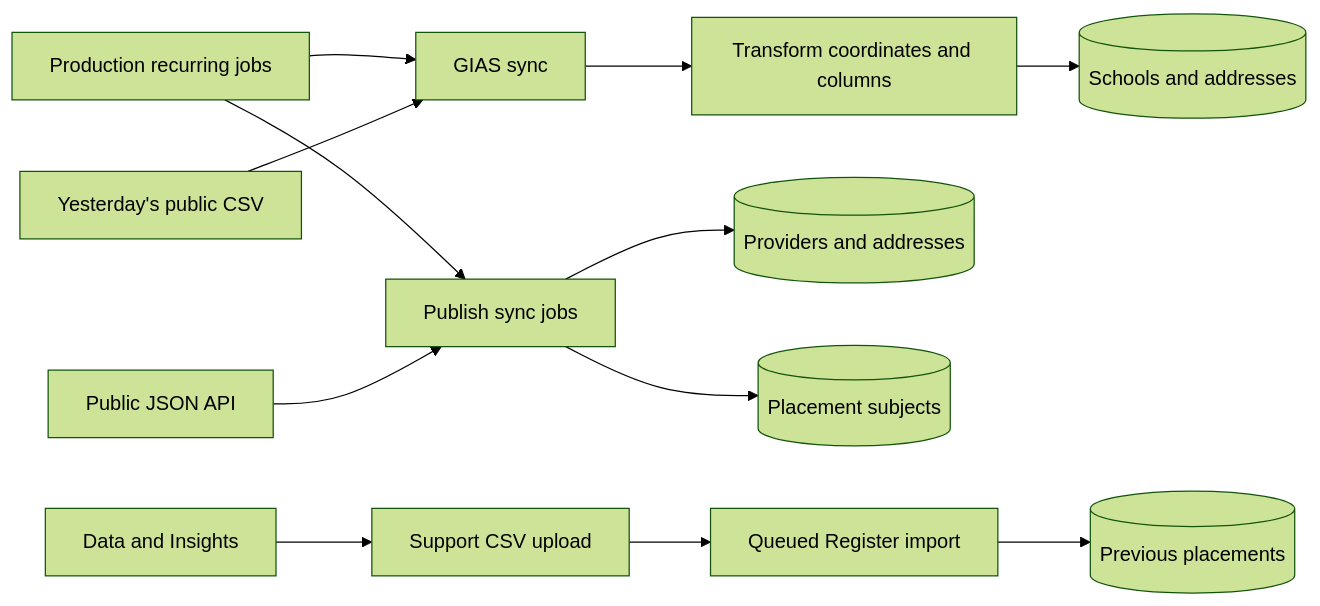
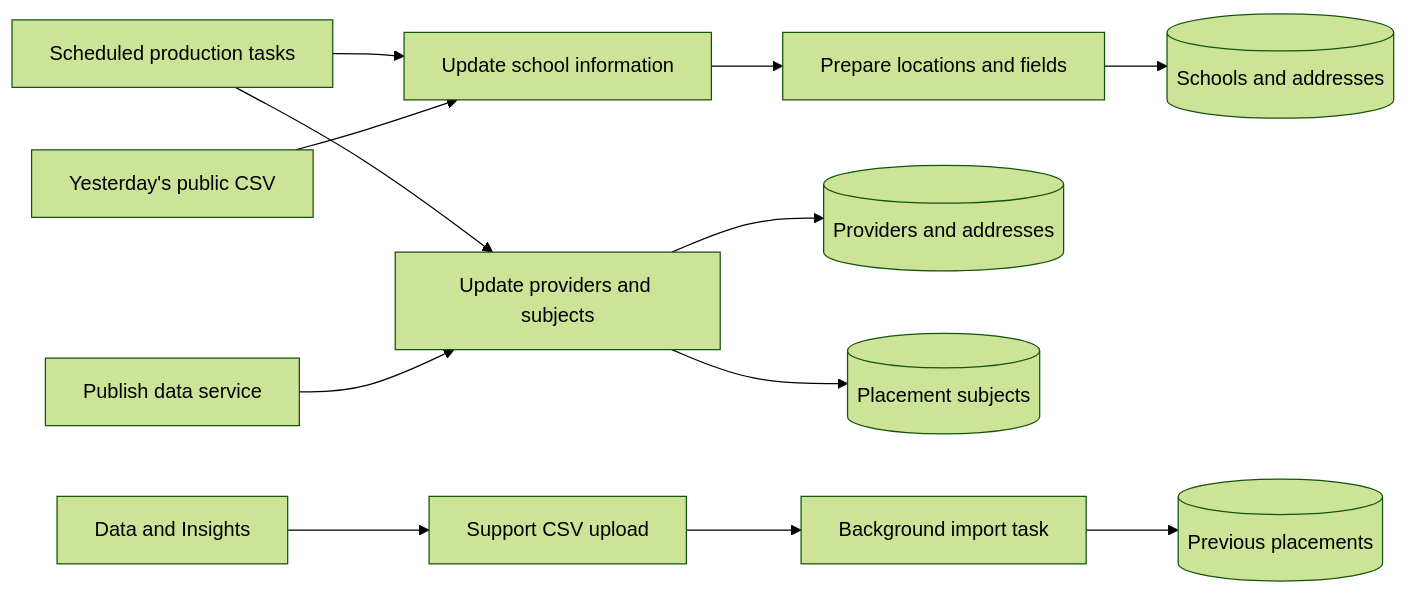
Before and after one commit to DFE-Digital/find-placement-schools: the first of 2 diagrams in docs/integrations.md, drawn with Mermaid (forest theme). The commit also changed other lines of this file and 15 other files, not shown here.

````diff
--- a/docs/integrations.md
+++ b/docs/integrations.md
@@ -28,14 +34,14 @@
 ```mermaid
 flowchart LR
-  Schedule[Production recurring jobs] --> GIASJob[GIAS sync]
+  Schedule[Scheduled production tasks] --> GIASJob[Update school information]
   GIAS[Yesterday's public CSV] --> GIASJob
-  GIASJob --> Transform[Transform coordinates and columns]
+  GIASJob --> Transform[Prepare locations and fields]
   Transform --> Schools[(Schools and addresses)]
-  Schedule --> PublishJob[Publish sync jobs]
-  Publish[Public JSON API] --> PublishJob
+  Schedule --> PublishJob[Update providers and subjects]
+  Publish[Publish data service] --> PublishJob
   PublishJob --> Providers[(Providers and addresses)]
   PublishJob --> Subjects[(Placement subjects)]
   Data[Data and Insights] --> Upload[Support CSV upload]
-  Upload --> Import[Queued Register import]
+  Upload --> Import[Background import task]
   Import --> History[(Previous placements)]
 ```
````
